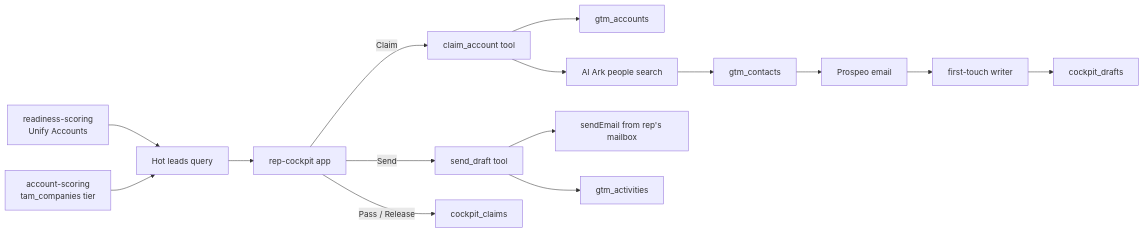
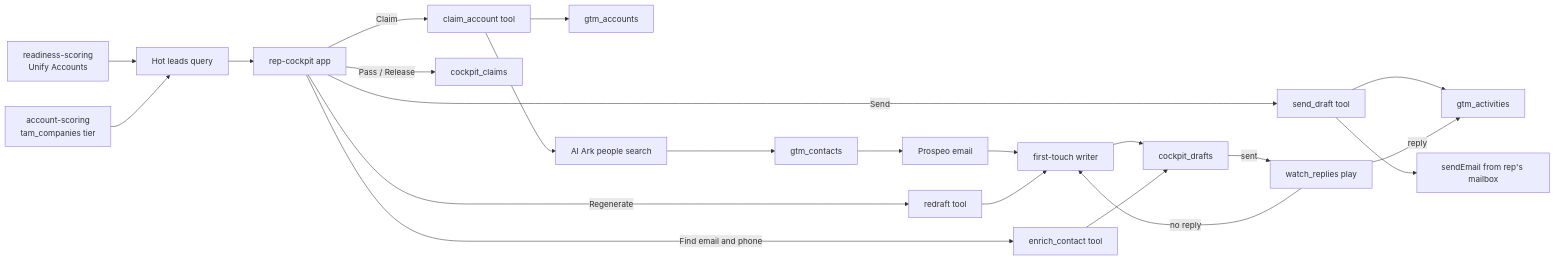
One commit to getcargohq/gtm-skills changed the diagram in rep-cockpit/README.md. Above: the diagram before and after it, drawn with Mermaid. The commit also changed other lines of this file and 26 other files, not shown here.

First line of the commit message:
rep-cockpit: signals, pass reasons, add account, regenerate, find email and phone, replies and follow-ups

````diff
--- a/rep-cockpit/README.md
+++ b/rep-cockpit/README.md
@@ -36,14 +53,19 @@
 ```mermaid
 flowchart LR
   ra[readiness-scoring<br/>Unify Accounts] --> q[Hot leads query]
   as[account-scoring<br/>tam_companies tier] --> q
   q --> app[rep-cockpit app]
   app -- Claim --> claim[claim_account tool]
   claim --> acc[gtm_accounts]
   claim --> ppl[AI Ark people search] --> con[gtm_contacts]
   con --> mail[Prospeo email] --> w[first-touch writer] --> d[cockpit_drafts]
   app -- Send --> send[send_draft tool]
   send --> se[sendEmail from rep's mailbox]
   send --> act[gtm_activities]
+  d -- sent --> watch[watch_replies play]
+  watch -- reply --> act
+  watch -- no reply --> w
+  app -- Regenerate --> rd[redraft tool] --> w
+  app -- Find email and phone --> en[enrich_contact tool] --> d
   app -- Pass / Release --> cl[cockpit_claims]
 ```
````
